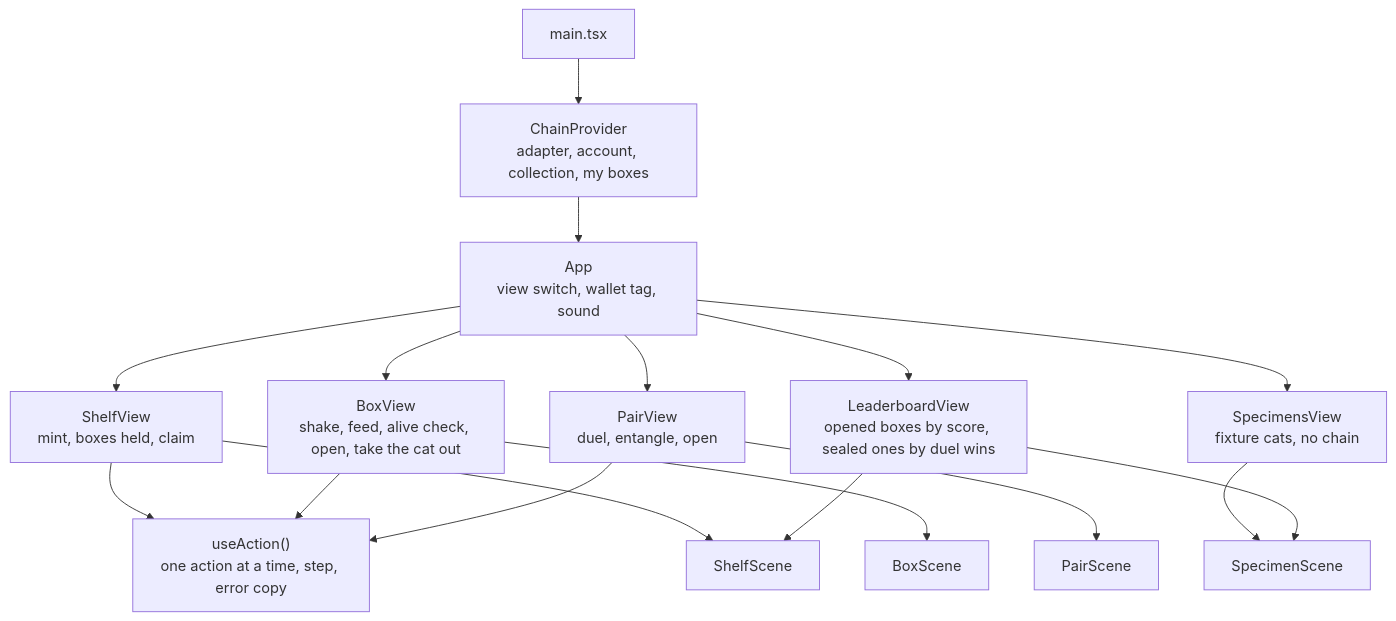
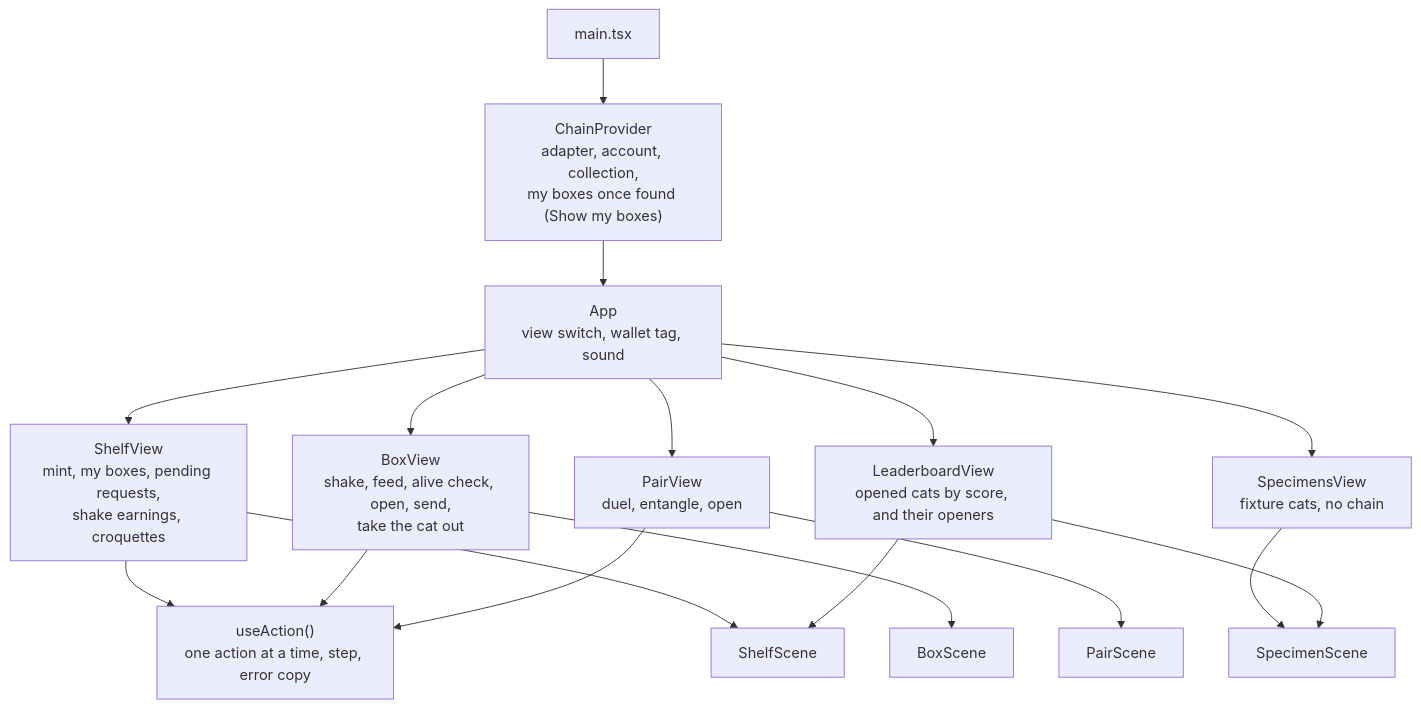
One commit to jecombe/do_not_open changed the sixth of 6 diagrams in docs/ARCHITECTURE.md. Above: the diagram before and after it, drawn with Mermaid. The commit also changed other lines of this file and 25 other files, not shown here.

````diff
--- a/docs/ARCHITECTURE.md
+++ b/docs/ARCHITECTURE.md
@@ -153,17 +161,17 @@
 ```mermaid
 flowchart TB
-  main["main.tsx"] --> provider["ChainProvider<br/>adapter, account, collection, my boxes"]
+  main["main.tsx"] --> provider["ChainProvider<br/>adapter, account, collection,<br/>my boxes once found (Show my boxes)"]
   provider --> app["App<br/>view switch, wallet tag, sound"]
-  app --> shelf["ShelfView<br/>mint, boxes held, claim"]
-  app --> box["BoxView<br/>shake, feed, alive check, open, take the cat out"]
+  app --> shelf["ShelfView<br/>mint, my boxes, pending requests,<br/>shake earnings, croquettes"]
+  app --> box["BoxView<br/>shake, feed, alive check, open, send,<br/>take the cat out"]
   app --> pair["PairView<br/>duel, entangle, open"]
-  app --> board["LeaderboardView<br/>opened boxes by score, sealed ones by duel wins"]
+  app --> board["LeaderboardView<br/>opened cats by score, and their openers"]
   app --> spec["SpecimensView<br/>fixture cats, no chain"]
   shelf & box & pair --> action["useAction()<br/>one action at a time, step, error copy"]
   shelf --> s1["ShelfScene"]
   box --> s2["BoxScene"]
   pair --> s3["PairScene"]
   spec --> s4["SpecimenScene"]
   board --> s4
   board --> s1
 ```
````
